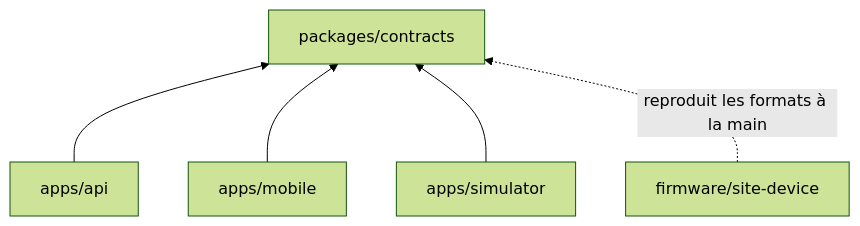
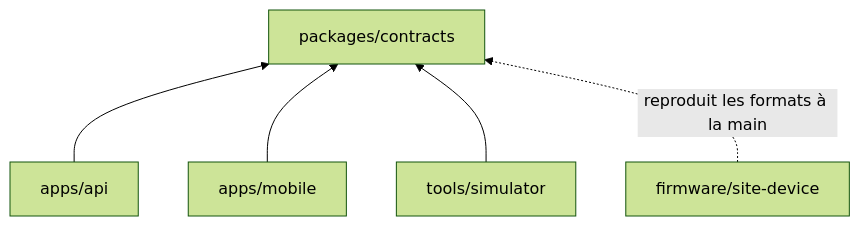
Before and after one commit to SamuelLnds/proj-app-mobile-co: the second of 2 diagrams in docs/conception/03-cartographie-technique.md, drawn with Mermaid (forest theme). The commit also changed other lines of this file and 3 other files, not shown here.

````diff
--- a/docs/conception/03-cartographie-technique.md
+++ b/docs/conception/03-cartographie-technique.md
@@ -99,8 +100,8 @@
 ```mermaid
 flowchart BT
   contracts["packages/contracts"]
   api["apps/api"] --> contracts
   mobile["apps/mobile"] --> contracts
-  simulator["apps/simulator"] --> contracts
+  simulator["tools/simulator"] --> contracts
   firmware["firmware/site-device"] -. "reproduit les formats à la main" .-> contracts
 ```
````
